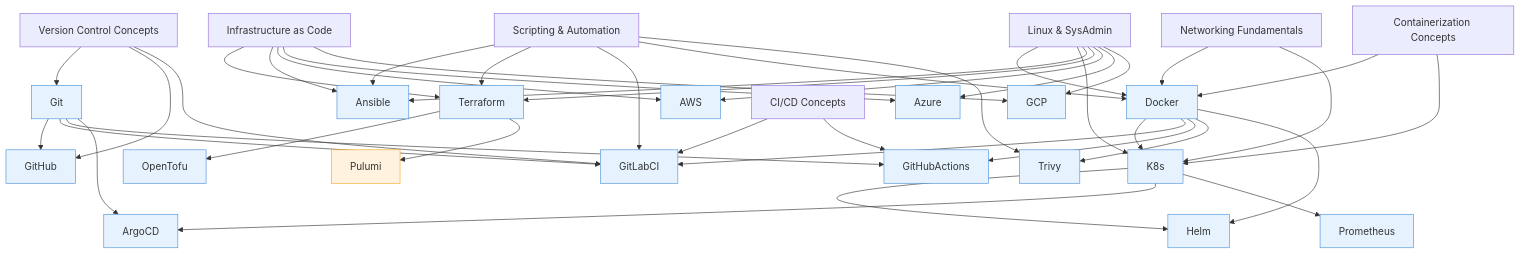
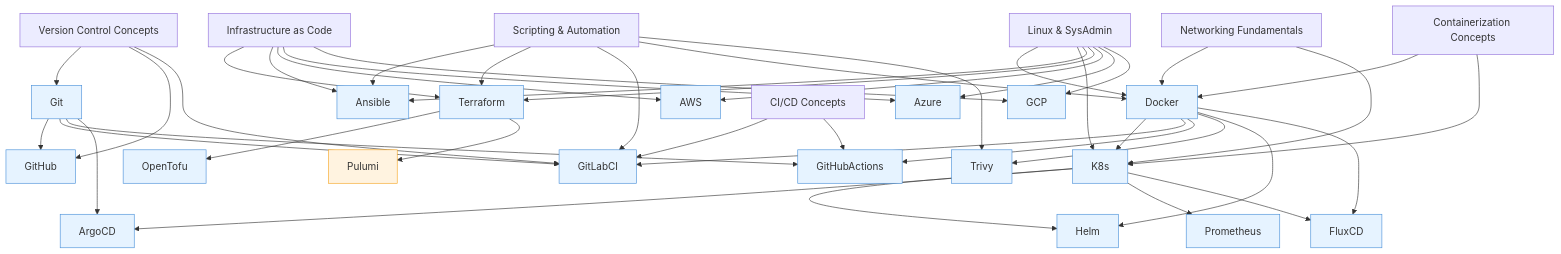
Before and after one commit to snehitha3907/DevOps-Kit: the diagram in 00_index/learning-path.md, drawn with Mermaid. The commit also changed other lines of this file and 6 other files, not shown here.

````diff
--- a/00_index/learning-path.md
+++ b/00_index/learning-path.md
@@ -96,59 +97,61 @@
 ```mermaid
 graph TD
     VC[Version Control Concepts] --> Git
     VC --> GitHub
     VC --> GitLabCI
 
     Linux[Linux & SysAdmin] --> Docker
     Linux --> K8s
     Linux --> Ansible
     Linux --> Terraform
     Linux --> AWS
     Linux --> Azure
     Linux --> GCP
 
     Scripting[Scripting & Automation] --> Ansible
     Scripting --> Terraform
     Scripting --> GitLabCI
     Scripting --> Docker
     Scripting --> Trivy
 
     Network[Networking Fundamentals] --> Docker
     Network --> K8s
 
     CI[CI/CD Concepts] --> GitLabCI
     CI --> GitHubActions
 
     Container[Containerization Concepts] --> Docker
     Container --> K8s
 
     IaC[Infrastructure as Code] --> Terraform
     IaC --> Ansible
     IaC --> AWS
     IaC --> Azure
     IaC --> GCP
 
     Git --> GitHub
     Git --> GitLabCI
     Git --> GitHubActions
     Git --> ArgoCD
 
     Docker --> K8s
     Docker --> GitLabCI
     Docker --> GitHubActions
     Docker --> Trivy
     Docker --> Helm
+    Docker --> FluxCD
 
     K8s --> Helm
     K8s --> ArgoCD
     K8s --> Prometheus
+    K8s --> FluxCD
 
     Terraform --> OpenTofu
     Terraform --> Pulumi
 
-    classDef hasContent fill:#e6f3ff,stroke:#4a90d9
+classDef hasContent fill:#e6f3ff,stroke:#4a90d9
     classDef noContent fill:#fff3e0,stroke:#f5a623
 
-    class Git,GitHub,Docker,K8s,Ansible,Terraform,GitLabCI,GitHubActions,Trivy,AWS,Azure,GCP,OpenTofu,Helm,ArgoCD,Prometheus hasContent
+    class Git,GitHub,Docker,K8s,Ansible,Terraform,GitLabCI,GitHubActions,Trivy,AWS,Azure,GCP,OpenTofu,Helm,ArgoCD,Prometheus,FluxCD hasContent
     class Pulumi,Vault noContent
 ```
````
